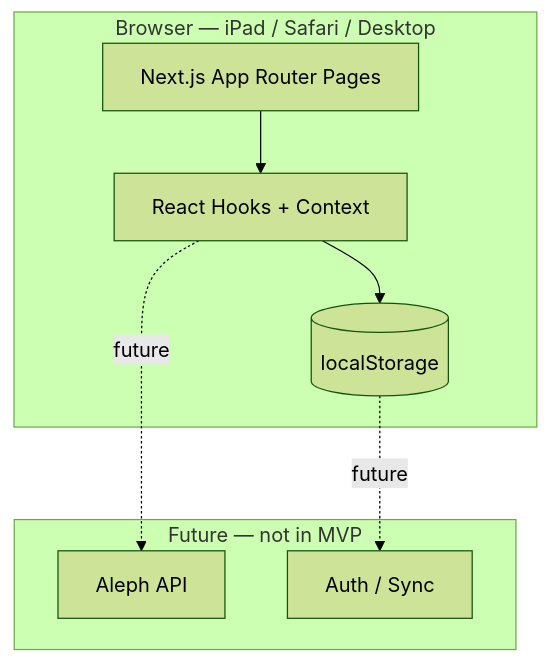
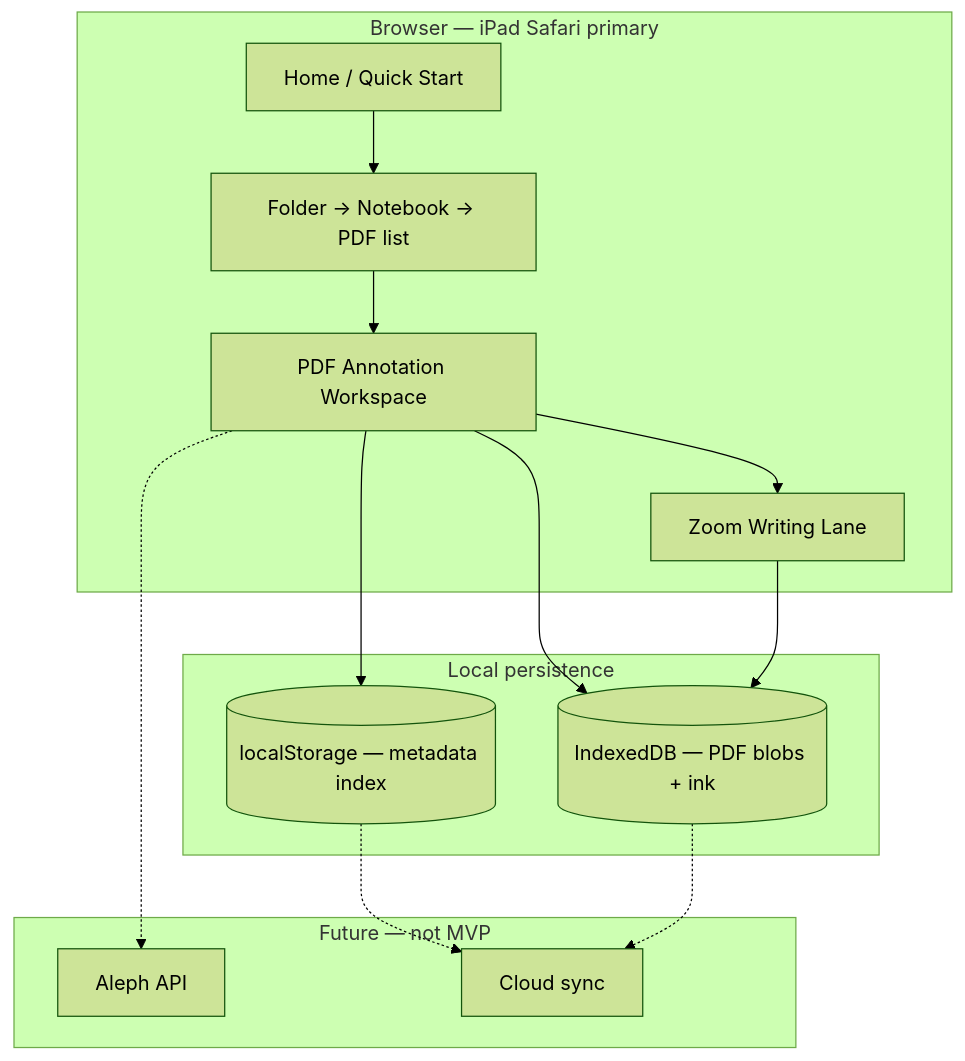
Before and after one commit to Kithkin22/Aleph-Translate: the diagram in PROJECT_PLAN.md, drawn with Mermaid (forest theme). The commit also changed other lines of this file, not shown here.

First line of the commit message:
Revise PROJECT_PLAN for PDF-first Folder → Notebook → Annotated PDF model

````diff
--- a/PROJECT_PLAN.md
+++ b/PROJECT_PLAN.md
@@ -25,18 +147,30 @@
 ```mermaid
 flowchart TB
-  subgraph client [Browser — iPad / Safari / Desktop]
-    UI[Next.js App Router Pages]
-    Hooks[React Hooks + Context]
-    LS[(localStorage)]
-    UI --> Hooks
-    Hooks --> LS
+  subgraph client [Browser — iPad Safari primary]
+    Home[Home / Quick Start]
+    Library[Folder → Notebook → PDF list]
+    Workspace[PDF Annotation Workspace]
+    ZoomLane[Zoom Writing Lane]
+    Home --> Library
+    Library --> Workspace
+    Workspace --> ZoomLane
   end
 
-  subgraph future [Future — not in MVP]
-    Aleph[Aleph API]
-    Auth[Auth / Sync]
+  subgraph storage [Local persistence]
+    LS[(localStorage — metadata index)]
+    IDB[(IndexedDB — PDF blobs + ink)]
   end
 
-  Hooks -.->|future| Aleph
-  LS -.->|future| Auth
+  Workspace --> LS
+  Workspace --> IDB
+  ZoomLane --> IDB
+
+  subgraph future [Future — not MVP]
+    Aleph[Aleph API]
+    Sync[Cloud sync]
+  end
+
+  LS -.-> Sync
+  IDB -.-> Sync
+  Workspace -.-> Aleph
 ```
````
